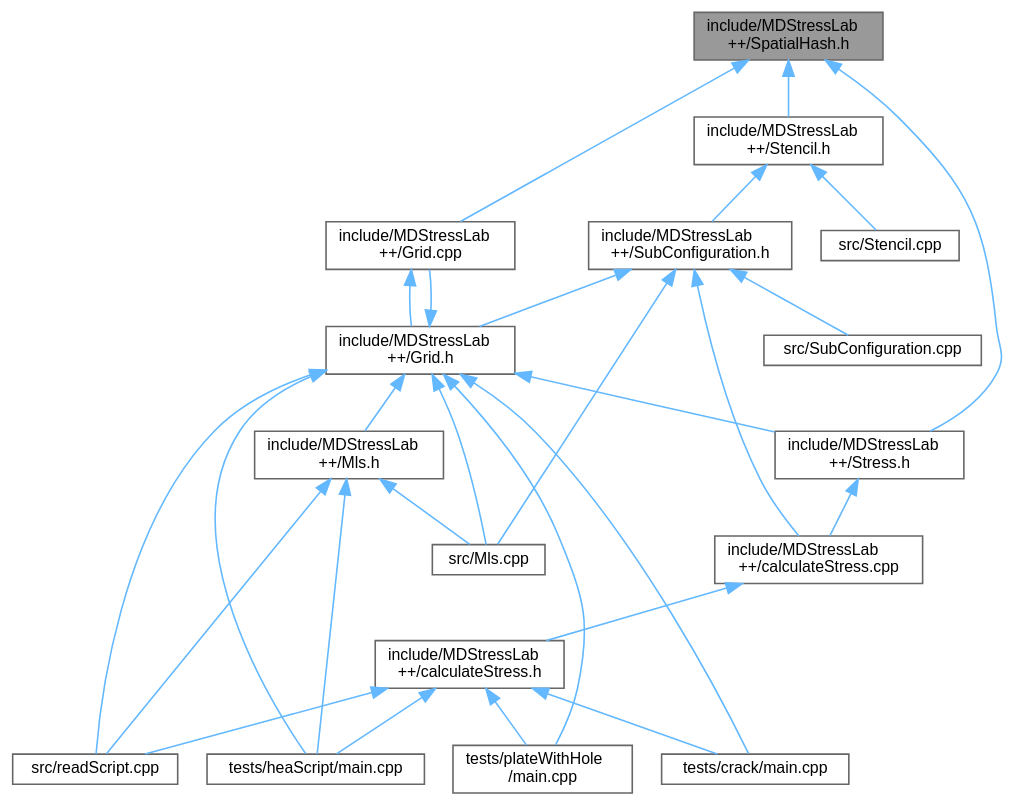
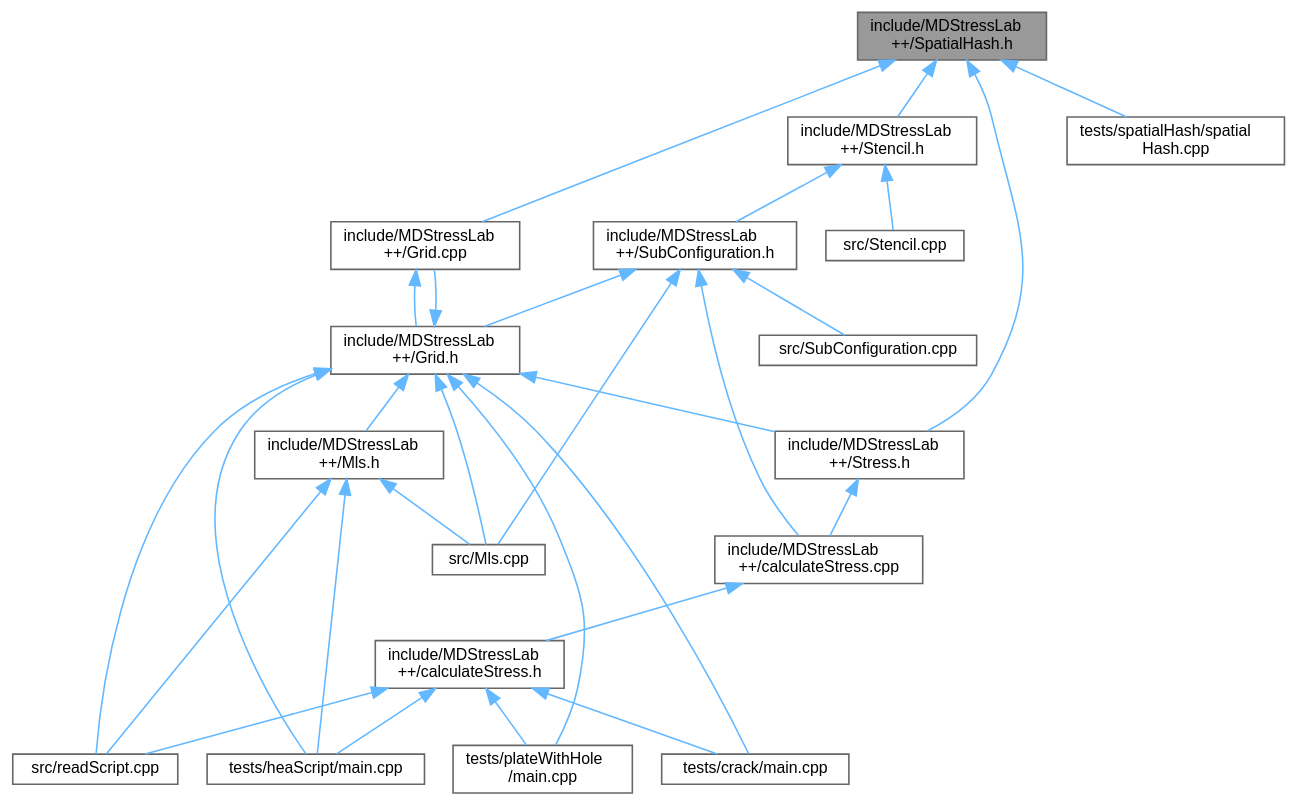
Before and after one commit to nikhil-admal/mdstresslab: the diagram in SpatialHash_8h__dep__incl.dot, drawn with Graphviz. The commit also changed 62 other files, not shown here.

```diff
--- a/SpatialHash_8h__dep__incl.dot
+++ b/SpatialHash_8h__dep__incl.dot
@@ -1,50 +1,52 @@
 digraph "include/MDStressLab++/SpatialHash.h"
 {
  // LATEX_PDF_SIZE
   bgcolor="transparent";
   edge [fontname=Helvetica,fontsize=10,labelfontname=Helvetica,labelfontsize=10];
   node [fontname=Helvetica,fontsize=10,shape=box,height=0.2,width=0.4];
   Node1 [id="Node000001",label="include/MDStressLab\l++/SpatialHash.h",height=0.2,width=0.4,color="gray40", fillcolor="grey60", style="filled", fontcolor="black",tooltip=" "];
   Node1 -> Node2 [id="edge1_Node000001_Node000002",dir="back",color="steelblue1",style="solid",tooltip=" "];
   Node2 [id="Node000002",label="include/MDStressLab\l++/Grid.cpp",height=0.2,width=0.4,color="grey40", fillcolor="white", style="filled",URL="$Grid_8cpp.html",tooltip=" "];
   Node2 -> Node3 [id="edge2_Node000002_Node000003",dir="back",color="steelblue1",style="solid",tooltip=" "];
   Node3 [id="Node000003",label="include/MDStressLab\l++/Grid.h",height=0.2,width=0.4,color="grey40", fillcolor="white", style="filled",URL="$Grid_8h.html",tooltip=" "];
   Node3 -> Node2 [id="edge3_Node000003_Node000002",dir="back",color="steelblue1",style="solid",tooltip=" "];
   Node3 -> Node4 [id="edge4_Node000003_Node000004",dir="back",color="steelblue1",style="solid",tooltip=" "];
   Node4 [id="Node000004",label="include/MDStressLab\l++/Mls.h",height=0.2,width=0.4,color="grey40", fillcolor="white", style="filled",URL="$Mls_8h.html",tooltip=" "];
   Node4 -> Node5 [id="edge5_Node000004_Node000005",dir="back",color="steelblue1",style="solid",tooltip=" "];
   Node5 [id="Node000005",label="src/Mls.cpp",height=0.2,width=0.4,color="grey40", fillcolor="white", style="filled",URL="$Mls_8cpp.html",tooltip=" "];
   Node4 -> Node6 [id="edge6_Node000004_Node000006",dir="back",color="steelblue1",style="solid",tooltip=" "];
   Node6 [id="Node000006",label="src/readScript.cpp",height=0.2,width=0.4,color="grey40", fillcolor="white", style="filled",URL="$readScript_8cpp.html",tooltip=" "];
   Node4 -> Node7 [id="edge7_Node000004_Node000007",dir="back",color="steelblue1",style="solid",tooltip=" "];
   Node7 [id="Node000007",label="tests/heaScript/main.cpp",height=0.2,width=0.4,color="grey40", fillcolor="white", style="filled",URL="$heaScript_2main_8cpp.html",tooltip=" "];
   Node3 -> Node8 [id="edge8_Node000003_Node000008",dir="back",color="steelblue1",style="solid",tooltip=" "];
   Node8 [id="Node000008",label="include/MDStressLab\l++/Stress.h",height=0.2,width=0.4,color="grey40", fillcolor="white", style="filled",URL="$Stress_8h.html",tooltip=" "];
   Node8 -> Node9 [id="edge9_Node000008_Node000009",dir="back",color="steelblue1",style="solid",tooltip=" "];
   Node9 [id="Node000009",label="include/MDStressLab\l++/calculateStress.cpp",height=0.2,width=0.4,color="grey40", fillcolor="white", style="filled",URL="$calculateStress_8cpp.html",tooltip=" "];
   Node9 -> Node10 [id="edge10_Node000009_Node000010",dir="back",color="steelblue1",style="solid",tooltip=" "];
   Node10 [id="Node000010",label="include/MDStressLab\l++/calculateStress.h",height=0.2,width=0.4,color="grey40", fillcolor="white", style="filled",URL="$calculateStress_8h.html",tooltip=" "];
   Node10 -> Node6 [id="edge11_Node000010_Node000006",dir="back",color="steelblue1",style="solid",tooltip=" "];
   Node10 -> Node11 [id="edge12_Node000010_Node000011",dir="back",color="steelblue1",style="solid",tooltip=" "];
   Node11 [id="Node000011",label="tests/crack/main.cpp",height=0.2,width=0.4,color="grey40", fillcolor="white", style="filled",URL="$crack_2main_8cpp.html",tooltip=" "];
   Node10 -> Node7 [id="edge13_Node000010_Node000007",dir="back",color="steelblue1",style="solid",tooltip=" "];
   Node10 -> Node12 [id="edge14_Node000010_Node000012",dir="back",color="steelblue1",style="solid",tooltip=" "];
   Node12 [id="Node000012",label="tests/plateWithHole\l/main.cpp",height=0.2,width=0.4,color="grey40", fillcolor="white", style="filled",URL="$plateWithHole_2main_8cpp.html",tooltip=" "];
   Node3 -> Node5 [id="edge15_Node000003_Node000005",dir="back",color="steelblue1",style="solid",tooltip=" "];
   Node3 -> Node6 [id="edge16_Node000003_Node000006",dir="back",color="steelblue1",style="solid",tooltip=" "];
   Node3 -> Node11 [id="edge17_Node000003_Node000011",dir="back",color="steelblue1",style="solid",tooltip=" "];
   Node3 -> Node7 [id="edge18_Node000003_Node000007",dir="back",color="steelblue1",style="solid",tooltip=" "];
   Node3 -> Node12 [id="edge19_Node000003_Node000012",dir="back",color="steelblue1",style="solid",tooltip=" "];
   Node1 -> Node13 [id="edge20_Node000001_Node000013",dir="back",color="steelblue1",style="solid",tooltip=" "];
   Node13 [id="Node000013",label="include/MDStressLab\l++/Stencil.h",height=0.2,width=0.4,color="grey40", fillcolor="white", style="filled",URL="$Stencil_8h.html",tooltip=" "];
   Node13 -> Node14 [id="edge21_Node000013_Node000014",dir="back",color="steelblue1",style="solid",tooltip=" "];
   Node14 [id="Node000014",label="include/MDStressLab\l++/SubConfiguration.h",height=0.2,width=0.4,color="grey40", fillcolor="white", style="filled",URL="$SubConfiguration_8h.html",tooltip=" "];
   Node14 -> Node3 [id="edge22_Node000014_Node000003",dir="back",color="steelblue1",style="solid",tooltip=" "];
   Node14 -> Node9 [id="edge23_Node000014_Node000009",dir="back",color="steelblue1",style="solid",tooltip=" "];
   Node14 -> Node5 [id="edge24_Node000014_Node000005",dir="back",color="steelblue1",style="solid",tooltip=" "];
   Node14 -> Node15 [id="edge25_Node000014_Node000015",dir="back",color="steelblue1",style="solid",tooltip=" "];
   Node15 [id="Node000015",label="src/SubConfiguration.cpp",height=0.2,width=0.4,color="grey40", fillcolor="white", style="filled",URL="$SubConfiguration_8cpp.html",tooltip=" "];
   Node13 -> Node16 [id="edge26_Node000013_Node000016",dir="back",color="steelblue1",style="solid",tooltip=" "];
   Node16 [id="Node000016",label="src/Stencil.cpp",height=0.2,width=0.4,color="grey40", fillcolor="white", style="filled",URL="$Stencil_8cpp.html",tooltip=" "];
   Node1 -> Node8 [id="edge27_Node000001_Node000008",dir="back",color="steelblue1",style="solid",tooltip=" "];
+  Node1 -> Node17 [id="edge28_Node000001_Node000017",dir="back",color="steelblue1",style="solid",tooltip=" "];
+  Node17 [id="Node000017",label="tests/spatialHash/spatial\lHash.cpp",height=0.2,width=0.4,color="grey40", fillcolor="white", style="filled",URL="$spatialHash_8cpp.html",tooltip=" "];
 }
```
